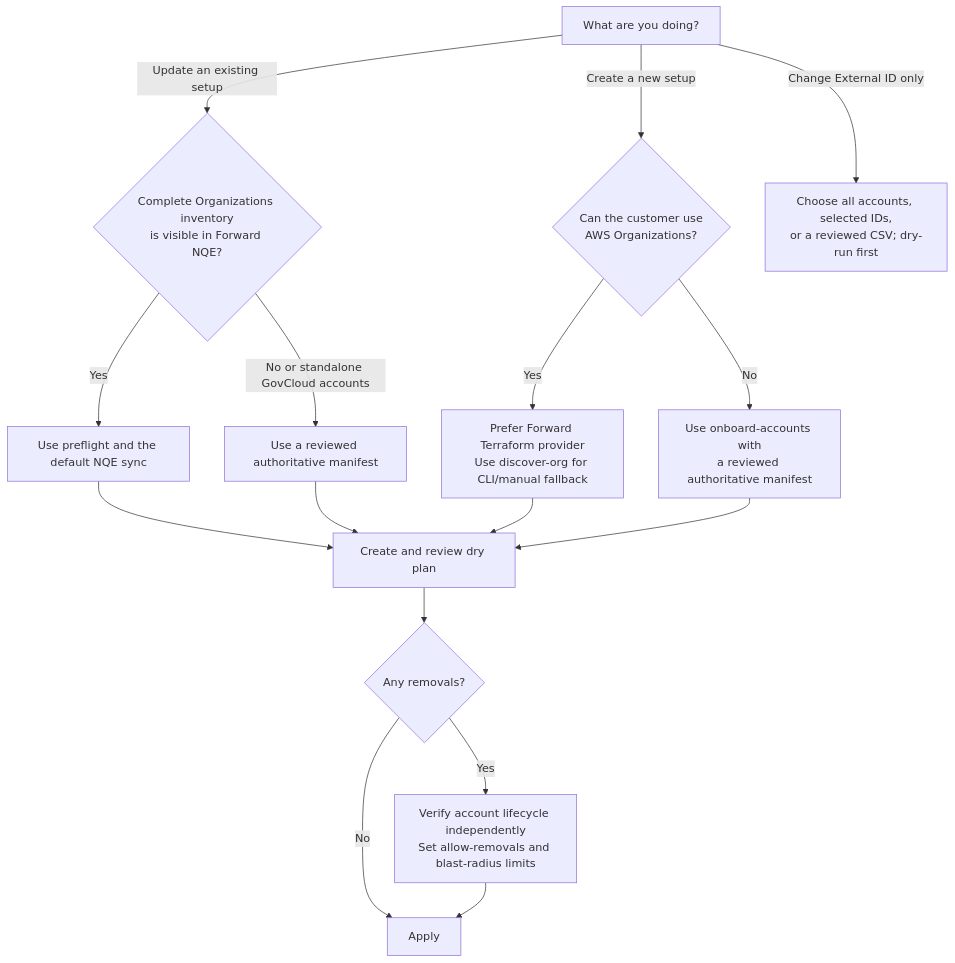
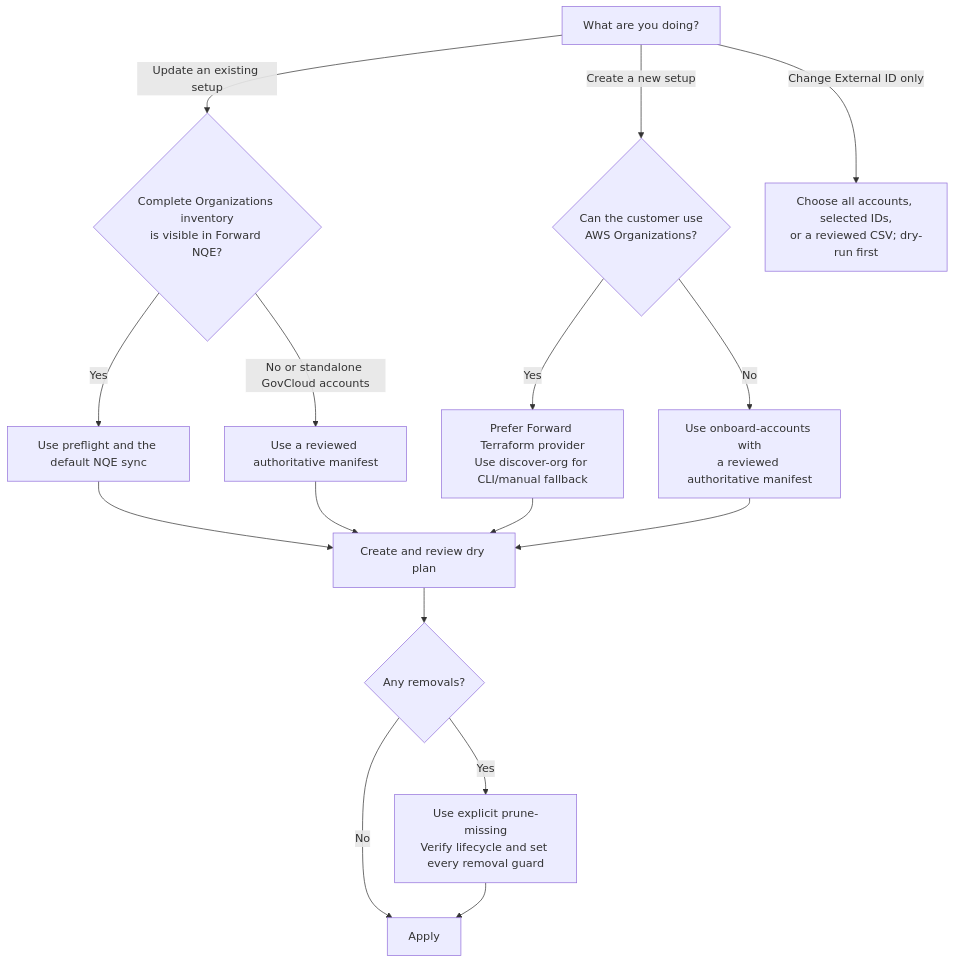
Before and after one commit to forwardnetworks/aws-sync: the diagram in README.md, drawn with Mermaid. The commit also changed other lines of this file and 13 other files, not shown here.

````diff
--- a/README.md
+++ b/README.md
@@ -7,20 +7,20 @@
 ```mermaid
 flowchart TD
     A[What are you doing?] -->|Update an existing setup| B{Complete Organizations inventory<br/>is visible in Forward NQE?}
     A -->|Create a new setup| C{Can the customer use<br/>AWS Organizations?}
     A -->|Change External ID only| X[Choose all accounts, selected IDs,<br/>or a reviewed CSV; dry-run first]
 
     B -->|Yes| D[Use preflight and the default NQE sync]
     B -->|No or standalone GovCloud accounts| E[Use a reviewed authoritative manifest]
     C -->|Yes| F[Prefer Forward Terraform provider<br/>Use discover-org for CLI/manual fallback]
     C -->|No| G[Use onboard-accounts with<br/>a reviewed authoritative manifest]
 
     D --> H[Create and review dry plan]
     E --> H
     F --> H
     G --> H
     H --> I{Any removals?}
     I -->|No| J[Apply]
-    I -->|Yes| K[Verify account lifecycle independently<br/>Set allow-removals and blast-radius limits]
+    I -->|Yes| K[Use explicit prune-missing<br/>Verify lifecycle and set every removal guard]
     K --> J
 ```
````
